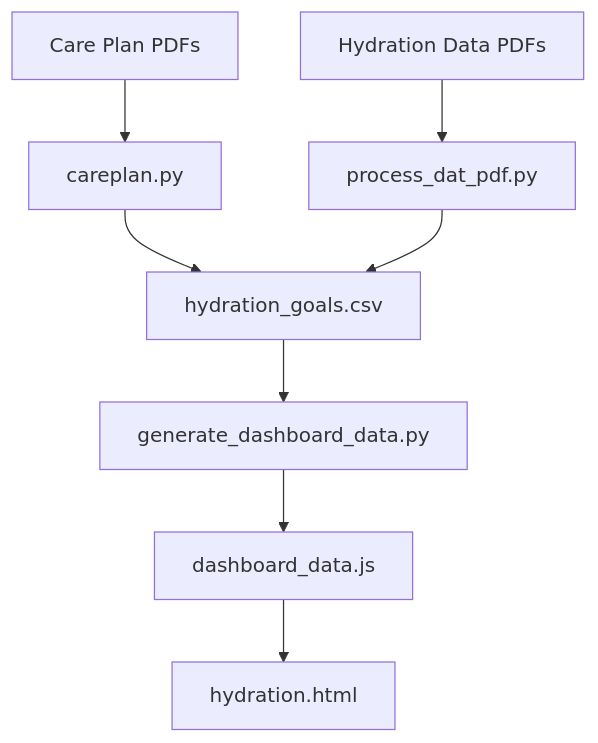
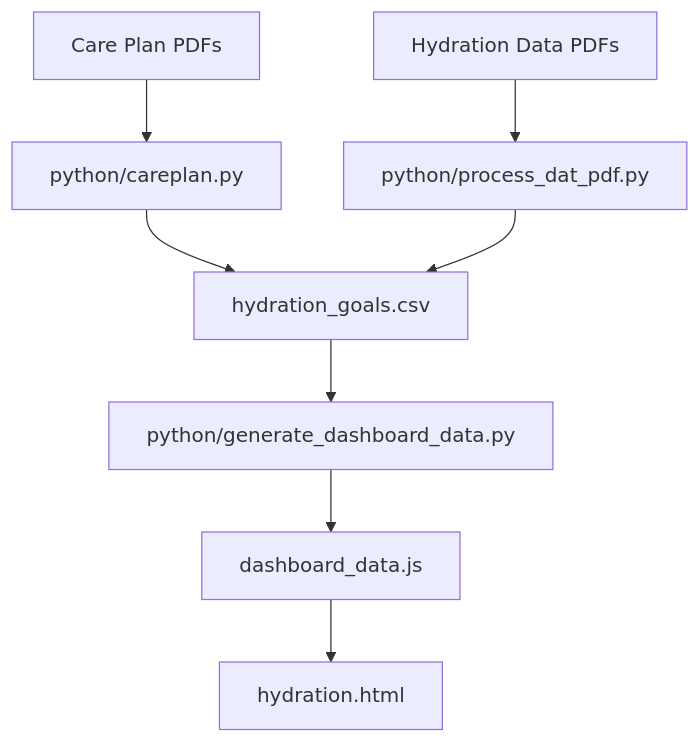
The second of 2 diagrams in README.md (FallyxInc/hydration), drawn with Mermaid before and after one commit. The commit also changed other lines of this file and 30 other files, not shown here.

````diff
--- a/README.md
+++ b/README.md
@@ -175,10 +174,10 @@
 ```mermaid
 graph TD
-    A[Care Plan PDFs] --> B[careplan.py]
-    C[Hydration Data PDFs] --> D[process_dat_pdf.py]
+    A[Care Plan PDFs] --> B[python/careplan.py]
+    C[Hydration Data PDFs] --> D[python/process_dat_pdf.py]
     B --> E[hydration_goals.csv]
     D --> E
-    E --> F[generate_dashboard_data.py]
+    E --> F[python/generate_dashboard_data.py]
     F --> G[dashboard_data.js]
     G --> H[hydration.html]
 ```
````
